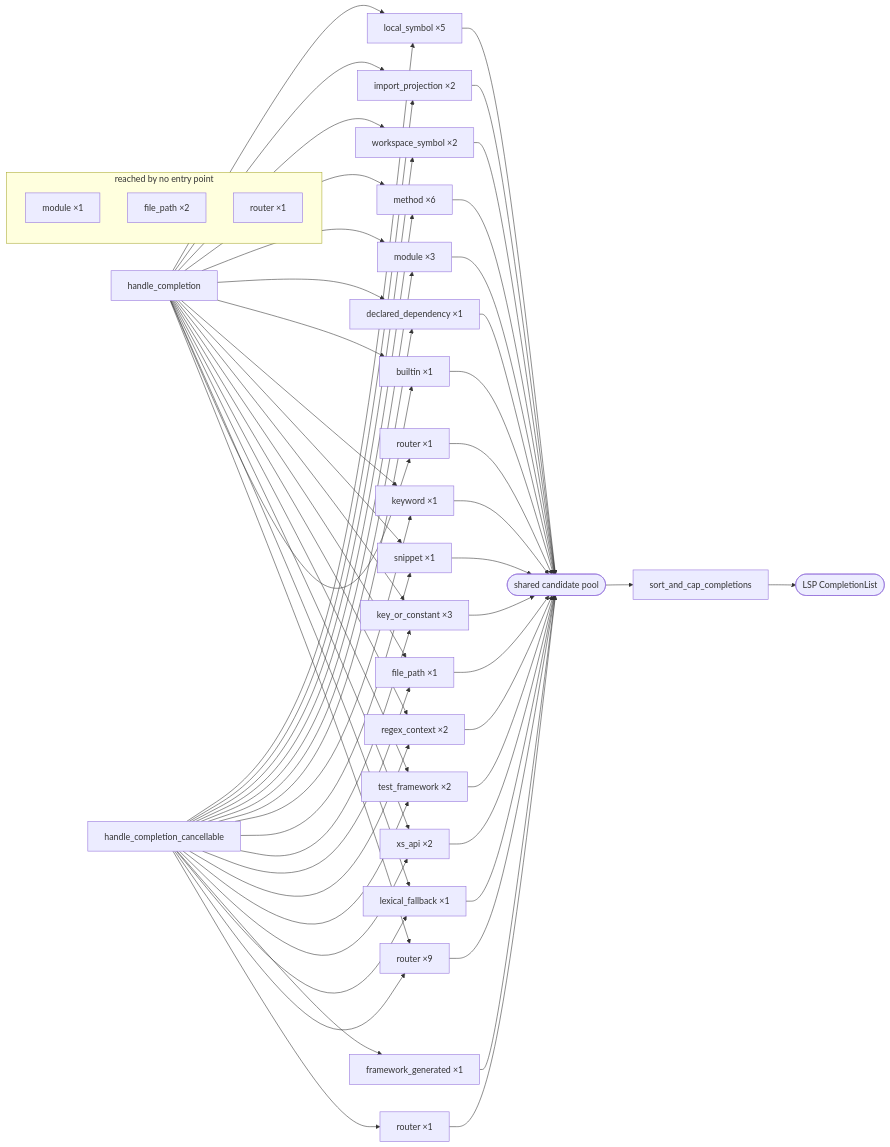
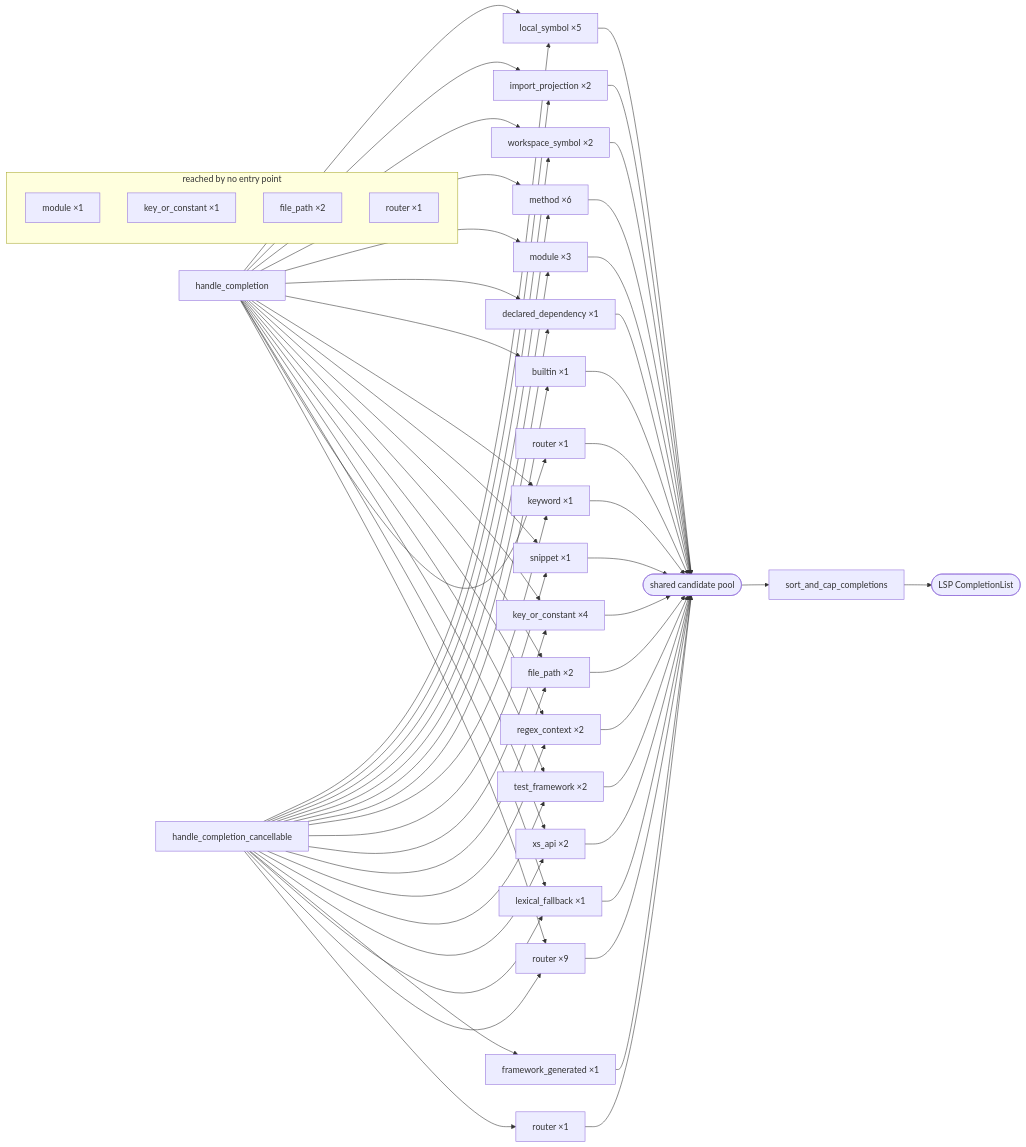
One commit to EffortlessMetrics/perl-lsp-swarm changed the diagram in docs/architecture/completion-candidate-producers.md. Above: the diagram before and after it, drawn with Mermaid. The commit also changed other lines of this file and 4 other files, not shown here.

```diff
--- a/docs/architecture/completion-candidate-producers.md
+++ b/docs/architecture/completion-candidate-producers.md
@@ -182,11 +199,11 @@
   nhandle_completion --> nsnippet_handle_completion_handle_completion_cancellable
   nhandle_completion_cancellable --> nsnippet_handle_completion_handle_completion_cancellable
   nsnippet_handle_completion_handle_completion_cancellable --> pool
-  nkey_or_constant_handle_completion_handle_completion_cancellable["key_or_constant ×3"]
+  nkey_or_constant_handle_completion_handle_completion_cancellable["key_or_constant ×4"]
   nhandle_completion --> nkey_or_constant_handle_completion_handle_completion_cancellable
   nhandle_completion_cancellable --> nkey_or_constant_handle_completion_handle_completion_cancellable
   nkey_or_constant_handle_completion_handle_completion_cancellable --> pool
-  nfile_path_handle_completion_handle_completion_cancellable["file_path ×1"]
+  nfile_path_handle_completion_handle_completion_cancellable["file_path ×2"]
   nhandle_completion --> nfile_path_handle_completion_handle_completion_cancellable
   nhandle_completion_cancellable --> nfile_path_handle_completion_handle_completion_cancellable
   nfile_path_handle_completion_handle_completion_cancellable --> pool
@@ -223,6 +240,7 @@
   final --> wire
   subgraph unreached ["reached by no entry point"]
     nunreached_module["module ×1"]
+    nunreached_key_or_constant["key_or_constant ×1"]
     nunreached_file_path["file_path ×2"]
     nunreached_router["router ×1"]
   end
```
